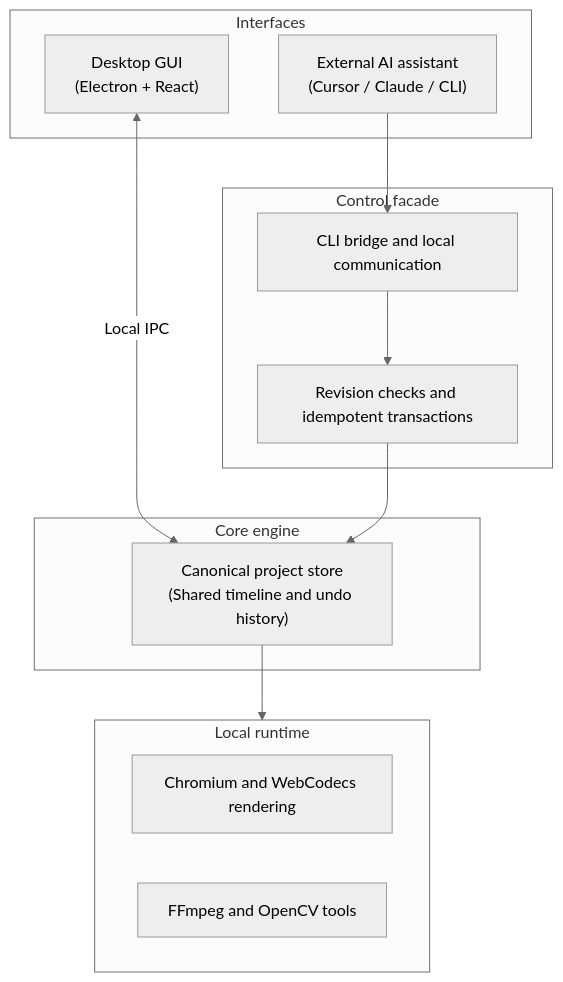
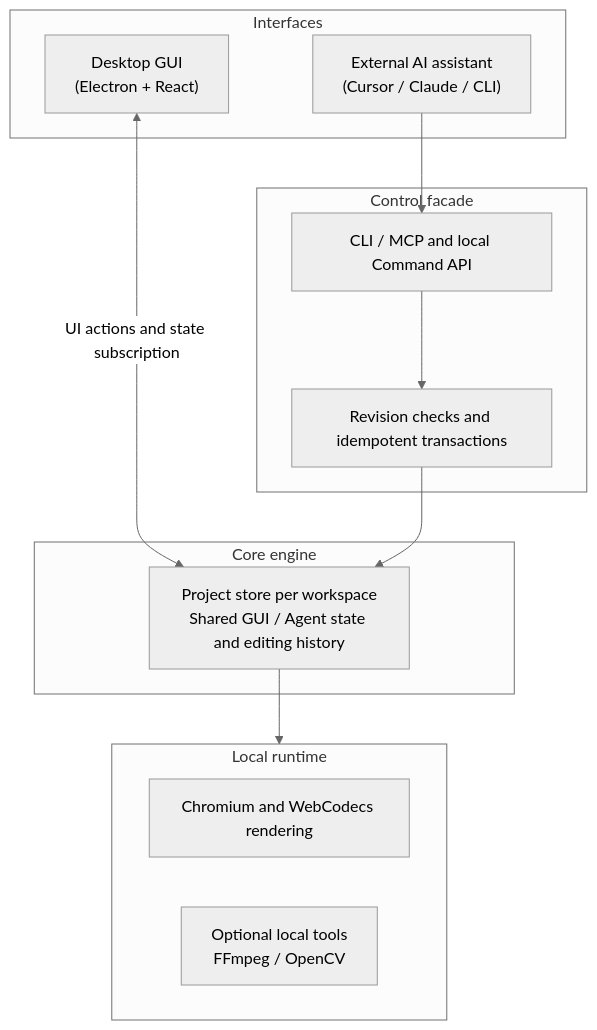
Before and after one commit to yuchen-ya/reelterminal: the second of 2 diagrams in README_en.md, drawn with Mermaid (neutral theme). The commit also changed other lines of this file and 1 other file, not shown here.

````diff
--- a/README_en.md
+++ b/README_en.md
@@ -98,25 +102,25 @@
 ```mermaid
 flowchart TD
     subgraph Clients ["Interfaces"]
         GUI["Desktop GUI<br>(Electron + React)"]
         Agent["External AI assistant<br>(Cursor / Claude / CLI)"]
     end
 
     subgraph Facade ["Control facade"]
-        Bridge["CLI bridge and local communication"]
+        Bridge["CLI / MCP and local Command API"]
         Guard["Revision checks and idempotent transactions"]
     end
 
     subgraph Core ["Core engine"]
-        Store["Canonical project store<br>(Shared timeline and undo history)"]
+        Store["Project store per workspace<br>Shared GUI / Agent state and editing history"]
     end
 
     subgraph Runtime ["Local runtime"]
         Render["Chromium and WebCodecs rendering"]
-        Tools["FFmpeg and OpenCV tools"]
+        Tools["Optional local tools<br>FFmpeg / OpenCV"]
     end
 
-    GUI <-->|"Local IPC"| Store
+    GUI <-->|"UI actions and state subscription"| Store
     Agent --> Bridge --> Guard --> Store
     Store --> Runtime
 ```
````
